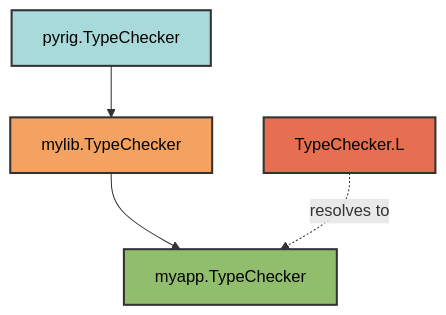
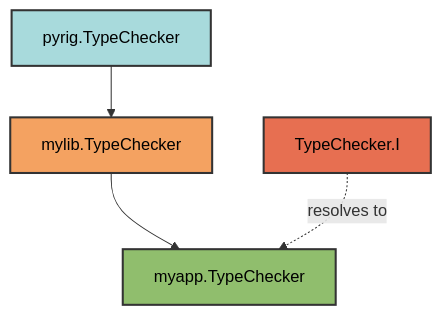
The second of 3 diagrams in docs/tools/architecture.md (Winipedia/pyrig), drawn with Mermaid before and after one commit. The commit also changed other lines of this file and 87 other files, not shown here.

````diff
--- a/docs/tools/architecture.md
+++ b/docs/tools/architecture.md
@@ -46,11 +46,11 @@
 ```mermaid
 graph TD
     A["pyrig.TypeChecker"] --> B["mylib.TypeChecker"]
     B --> C["myapp.TypeChecker"]
-    D["TypeChecker.L"] -.->|resolves to| C
+    D["TypeChecker.I"] -.->|resolves to| C
 
     style A fill:#a8dadc,stroke:#333,stroke-width:2px,color:#000
     style B fill:#f4a261,stroke:#333,stroke-width:2px,color:#000
     style C fill:#90be6d,stroke:#333,stroke-width:2px,color:#000
     style D fill:#e76f51,stroke:#333,stroke-width:2px,color:#000
 ```
````
